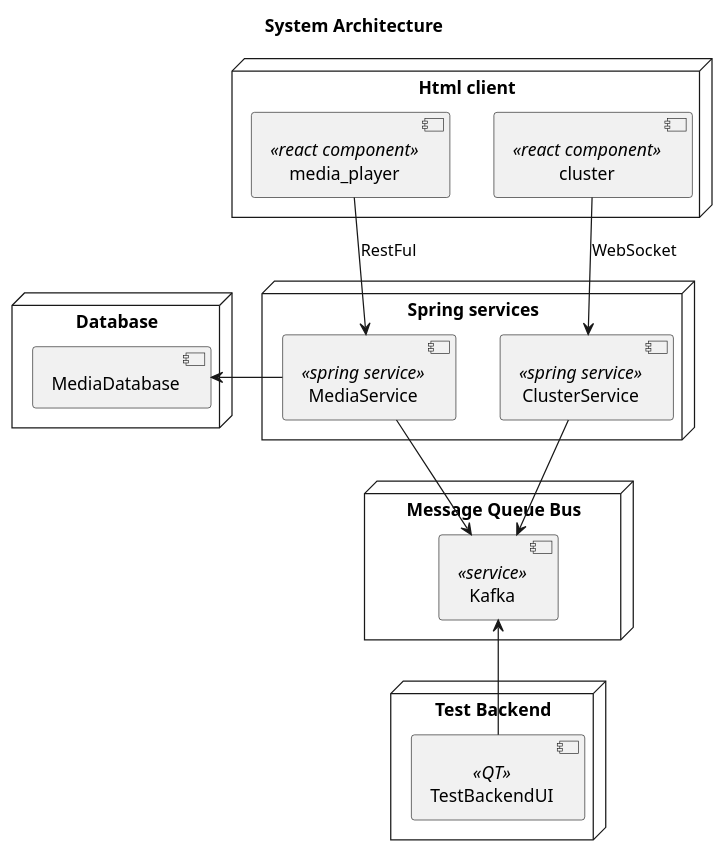
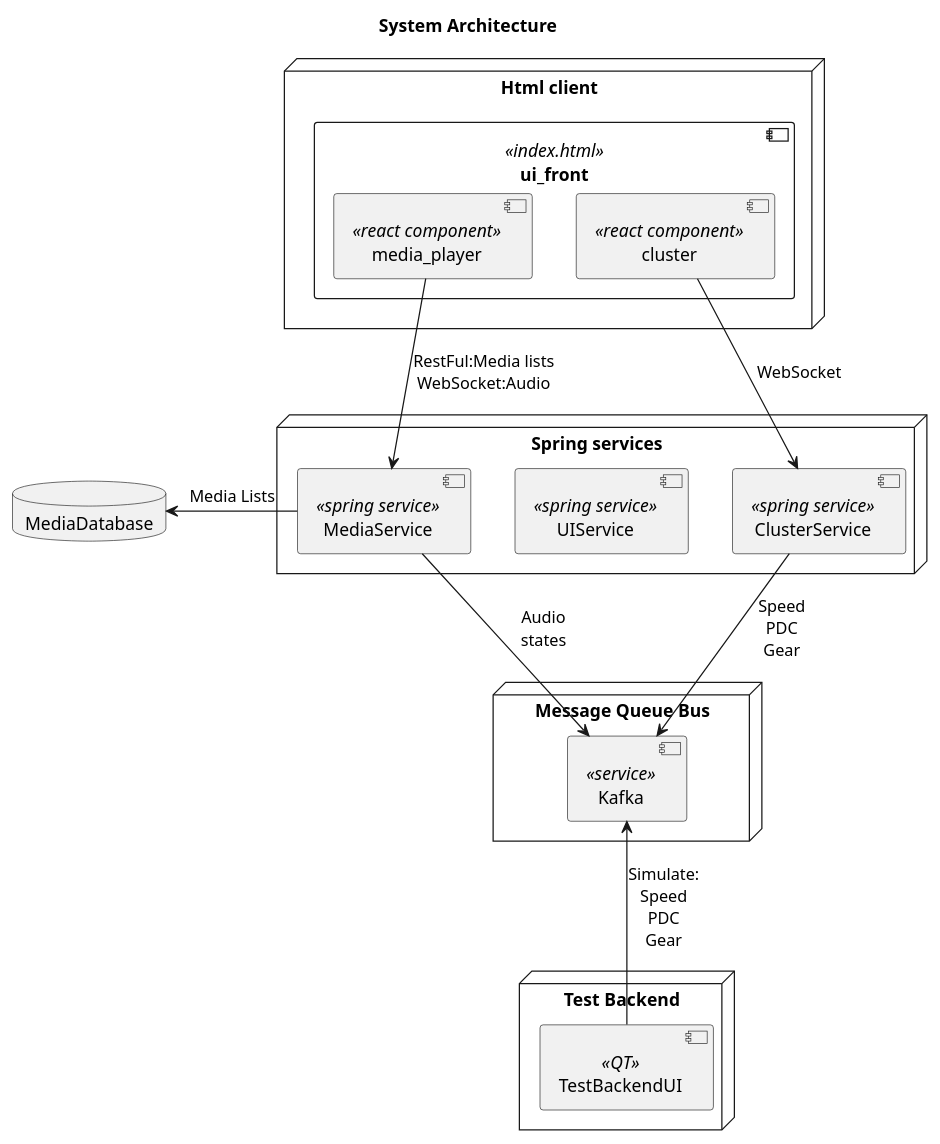
Before and after one commit to unim-hub/spring-car-demo: the diagram in model/uml/SWA_Overview.puml, drawn with PlantUML. The commit also changed 2 other files, not shown here.

```diff
--- a/model/uml/SWA_Overview.puml
+++ b/model/uml/SWA_Overview.puml
@@ -1,34 +1,38 @@
 @startuml SysA
 title System Architecture
 
 node "Html client" {
-    component media_player <<react component>>
-    component cluster <<react component>>
+    component ui_front <<index.html>> {
+        component media_player <<react component>>
+        component cluster <<react component>>
+    }
 }
 
 node "Spring services" {
+    component UIService <<spring service>>
     component MediaService <<spring service>>
     component ClusterService <<spring service>>
 }
 
-node "Database" {
-    component MediaDatabase
+database MediaDatabase {
 }
 
 node "Message Queue Bus" {
     component Kafka <<service>>
 }
 
 node "Test Backend" {
   component TestBackendUI <<QT>>
 }
 
-media_player -down-> MediaService: RestFul
+
+media_player -down-> MediaService: RestFul:Media lists\nWebSocket:Audio
 cluster -down-> ClusterService: WebSocket
 
-MediaService -left-> MediaDatabase
-MediaService -down-> Kafka
-ClusterService -down-> Kafka
+MediaService -left-> MediaDatabase: Media Lists
+MediaService -down-> Kafka: Audio\nstates
+ClusterService -down-> Kafka: Speed\nPDC\nGear
 
-TestBackendUI -up-> Kafka
+TestBackendUI -up-> Kafka: Simulate:\nSpeed\nPDC\nGear
+
 @enduml
```
